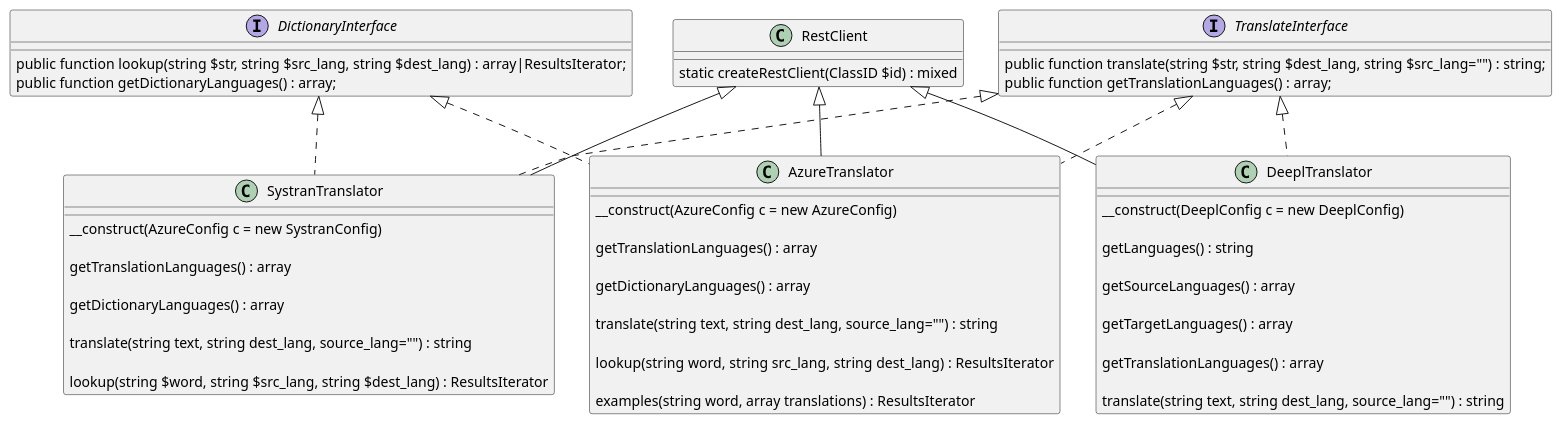
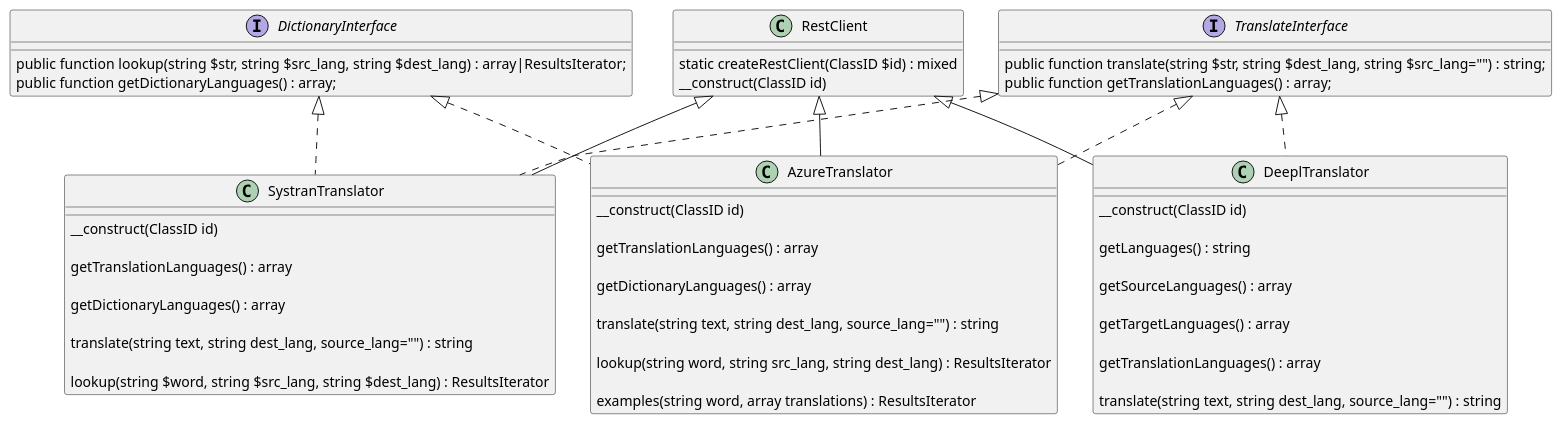
One commit to kurt-krueckeberg/php-translation-and-dictionary-rest-api-classes changed the first of 3 diagrams in README.md. Above: the diagram before and after it, drawn with PlantUML. The commit also changed 2 other files, not shown here.

````diff
--- a/README.md
+++ b/README.md
@@ -50,62 +50,62 @@
 ```plantuml
 interface TranslateInterface {
 
    public function translate(string $str, string $dest_lang, string $src_lang="") : string;
    public function getTranslationLanguages() : array;
 }
 
 interface DictionaryInterface {
    
    public function lookup(string $str, string $src_lang, string $dest_lang) : array|ResultsIterator; 
    public function getDictionaryLanguages() : array; 
 }
 
-
 class RestClient {
 
    static createRestClient(ClassID $id) : mixed
+   __construct(ClassID id)
 }
 
 class AzureTranslator extends RestClient implements DictionaryInterface, TranslateInterface {
 
-   __construct(AzureConfig c = new AzureConfig)
+   __construct(ClassID id)
    
    getTranslationLanguages() : array
 
    getDictionaryLanguages() : array 
     
    translate(string text, string dest_lang, source_lang="") : string 
    
-   lookup(string word, string src_lang, string dest_lang) :  ResultsIterator
+   lookup(string word, string src_lang, string dest_lang) : ResultsIterator
 
    examples(string word, array translations) : ResultsIterator
 }
 
 class DeeplTranslator extends RestClient implements TranslateInterface {
    
-   __construct(DeeplConfig c = new DeeplConfig)
+   __construct(ClassID id)
    
    getLanguages() : string
 
    getSourceLanguages() : array
 
    getTargetLanguages() : array
    
    getTranslationLanguages() : array
 
    translate(string text, string dest_lang, source_lang="") : string 
 }
 
 class SystranTranslator extends RestClient implements DictionaryInterface, TranslateInterface {
 
-   __construct(AzureConfig c = new SystranConfig)
+   __construct(ClassID id)
    
    getTranslationLanguages() : array
 
    getDictionaryLanguages() : array 
     
    translate(string text, string dest_lang, source_lang="") : string 
    
    lookup(string $word, string $src_lang, string $dest_lang) : ResultsIterator
 }
 ```
````
